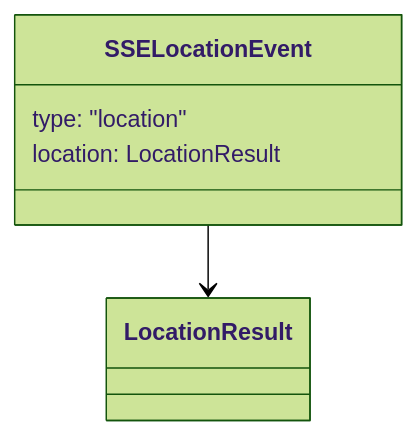
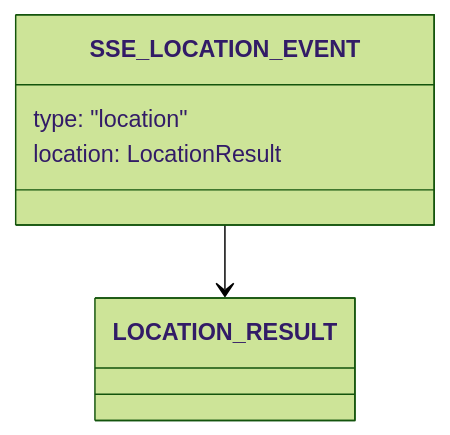
Diagram 19 of 22 in plan/11-transport.md (1qh/safeagent), drawn with Mermaid (forest theme) before and after one commit. The commit also changed other lines of this file and 7 other files, not shown here.

Commit message:
plan: fix Mermaid node IDs to UPPER_SNAKE across all files

````diff
--- a/plan/11-transport.md
+++ b/plan/11-transport.md
@@ -565,8 +565,8 @@
 ```mermaid
 classDiagram
-    class SSELocationEvent {
+    class SSE_LOCATION_EVENT {
         type: "location"
         location: LocationResult
     }
-    SSELocationEvent --> LocationResult
+    SSE_LOCATION_EVENT --> LOCATION_RESULT
 ```
````
